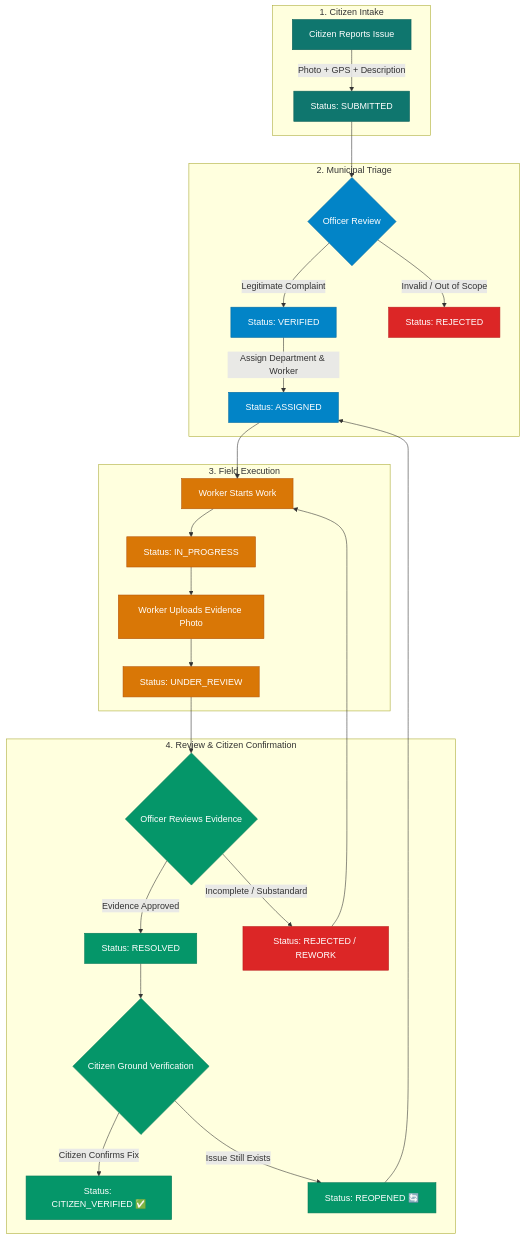
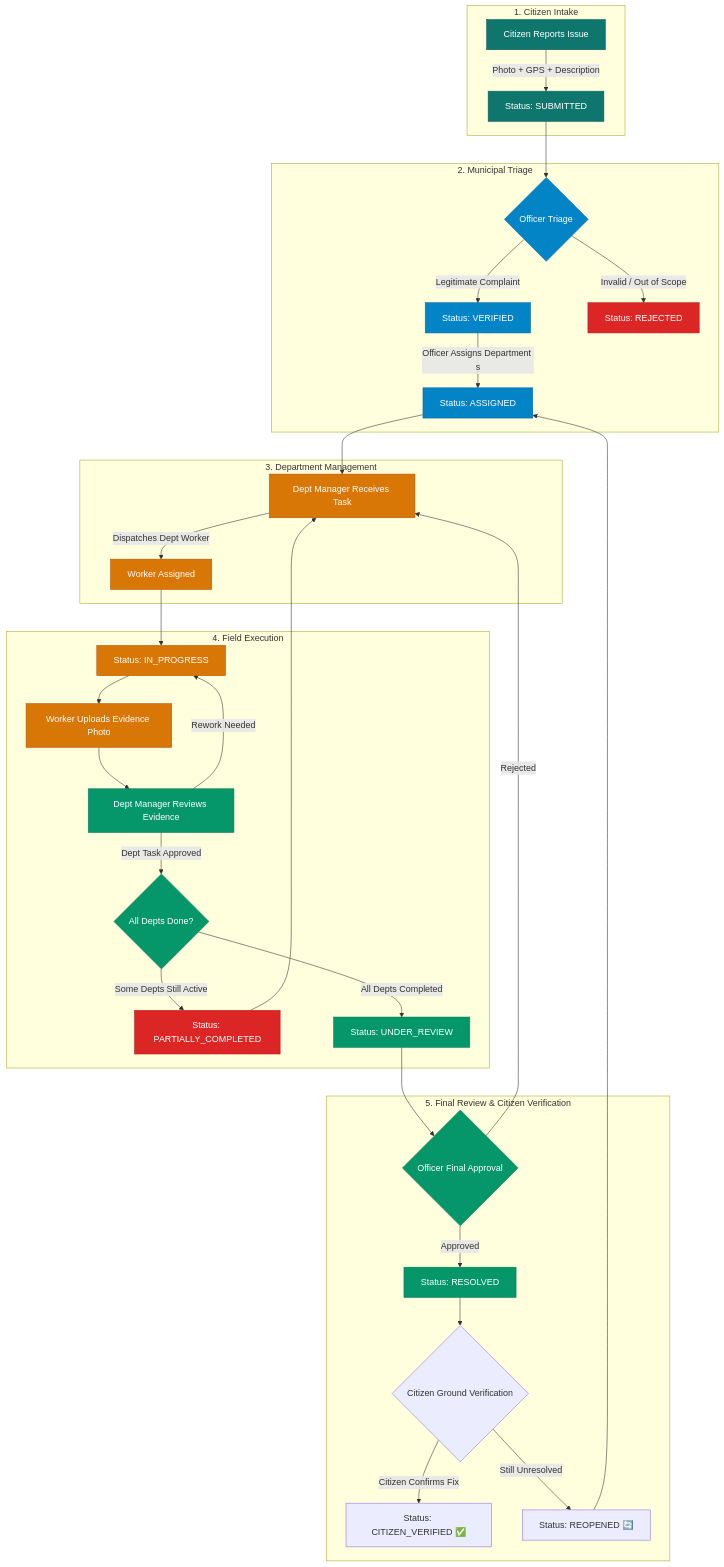
The diagram in README.md (Prashant952024/CivicFix), drawn with Mermaid before and after one commit. The commit also changed other lines of this file and 48 other files, not shown here.

Commit message:
fix: complete department worker assignment workflow

````diff
--- a/README.md
+++ b/README.md
@@ -189,43 +195,51 @@
 ```mermaid
 flowchart TD
     subgraph Intake["1. Citizen Intake"]
         A[Citizen Reports Issue] -->|Photo + GPS + Description| B[Status: SUBMITTED]
     end
 
     subgraph Triage["2. Municipal Triage"]
-        B --> C{Officer Review}
+        B --> C{Officer Triage}
         C -->|Legitimate Complaint| D[Status: VERIFIED]
         C -->|Invalid / Out of Scope| E[Status: REJECTED]
-        D -->|Assign Department & Worker| F[Status: ASSIGNED]
+        D -->|Officer Assigns Department s| F[Status: ASSIGNED]
     end
 
-    subgraph Execution["3. Field Execution"]
-        F --> G[Worker Starts Work]
-        G --> H[Status: IN_PROGRESS]
-        H --> I[Worker Uploads Evidence Photo]
-        I --> J[Status: UNDER_REVIEW]
+    subgraph DeptDispatch["3. Department Management"]
+        F --> G[Dept Manager Receives Task]
+        G -->|Dispatches Dept Worker| H[Worker Assigned]
     end
 
-    subgraph Verification["4. Review & Citizen Confirmation"]
-        J --> K{Officer Reviews Evidence}
-        K -->|Evidence Approved| L[Status: RESOLVED]
-        K -->|Incomplete / Substandard| M[Status: REJECTED / REWORK]
+    subgraph Execution["4. Field Execution"]
+        H --> I[Status: IN_PROGRESS]
+        I --> J[Worker Uploads Evidence Photo]
+        J --> K[Dept Manager Reviews Evidence]
+        K -->|Rework Needed| I
+        K -->|Dept Task Approved| L{All Depts Done?}
+        L -->|Some Depts Still Active| M[Status: PARTIALLY_COMPLETED]
         M --> G
-        L --> N{Citizen Ground Verification}
-        N -->|Citizen Confirms Fix| O[Status: CITIZEN_VERIFIED ✅]
-        N -->|Issue Still Exists| P[Status: REOPENED 🔄]
-        P --> F
+        L -->|All Depts Completed| N[Status: UNDER_REVIEW]
+    end
+
+    subgraph Verification["5. Final Review & Citizen Verification"]
+        N --> O{Officer Final Approval}
+        O -->|Approved| P[Status: RESOLVED]
+        O -->|Rejected| G
+        P --> Q{Citizen Ground Verification}
+        Q -->|Citizen Confirms Fix| R[Status: CITIZEN_VERIFIED ✅]
+        Q -->|Still Unresolved| S[Status: REOPENED 🔄]
+        S --> F
     end
 
     classDef intake fill:#0f766e,stroke:#0d5f59,color:#fff
     classDef triage fill:#0284c7,stroke:#0369a1,color:#fff
     classDef execution fill:#d97706,stroke:#b45309,color:#fff
     classDef verification fill:#059669,stroke:#047857,color:#fff
     classDef rejection fill:#dc2626,stroke:#b91c1c,color:#fff
 
     class A,B intake
     class C,D,F triage
     class G,H,I,J execution
     class K,L,N,O,P verification
     class E,M rejection
 ```
````
